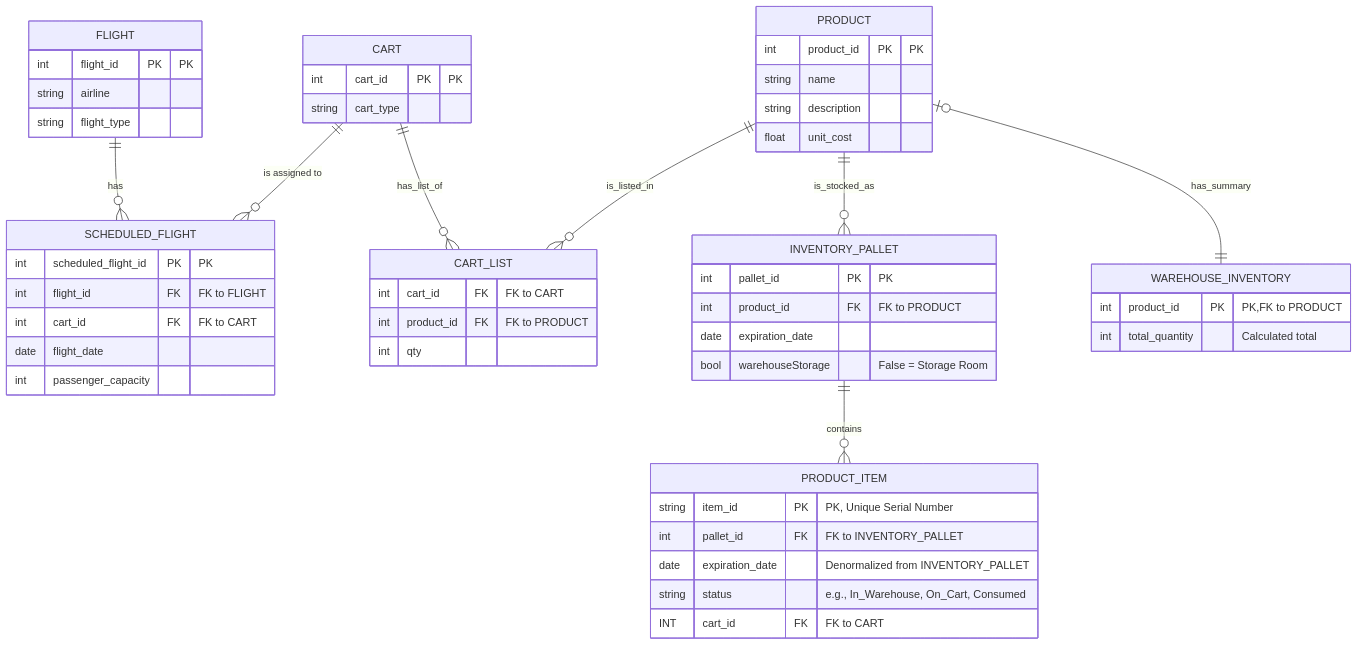
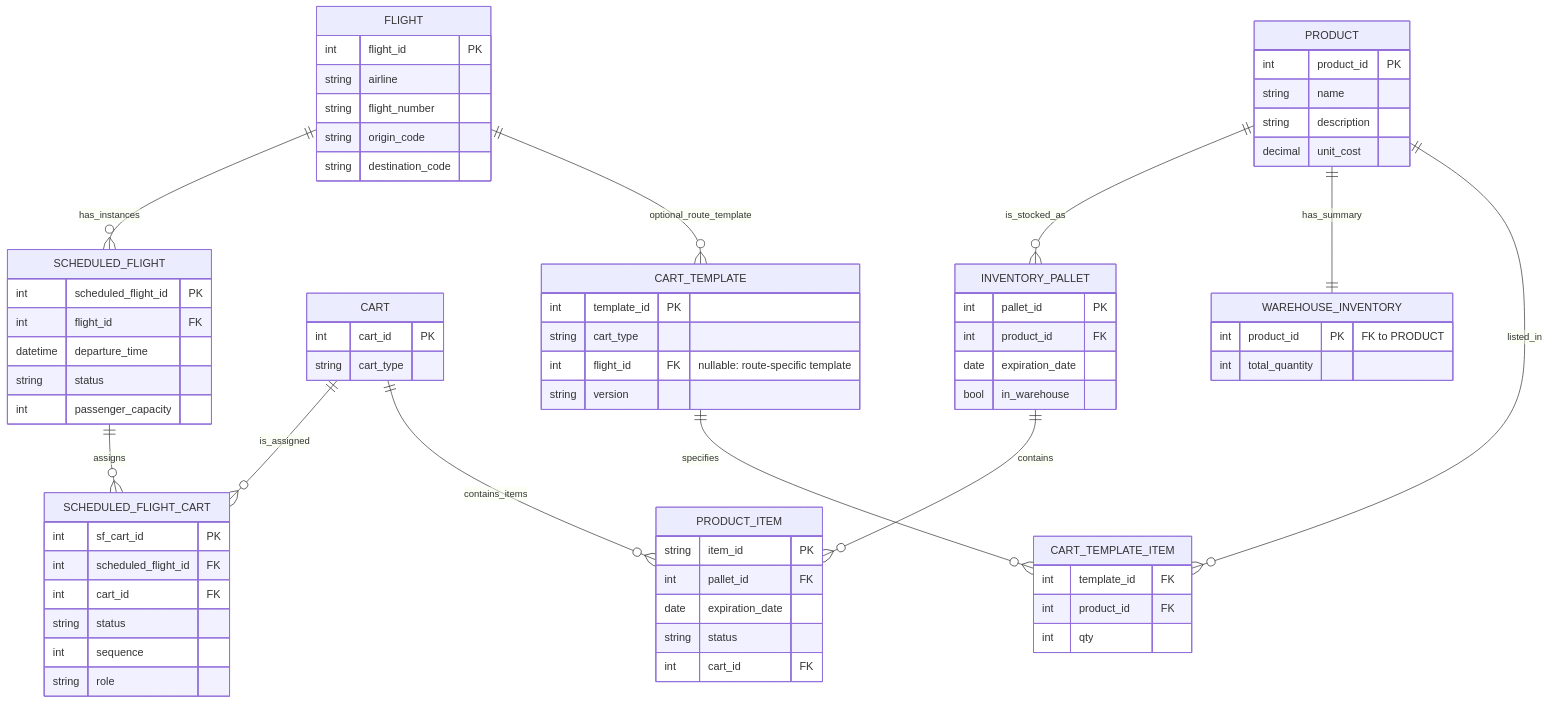
One commit to Javierlcastillo/smartIntelligence-by-MJandTheMonstars changed the diagram in uml_diagram.md. Above: the diagram before and after it, drawn with Mermaid. The commit also changed other lines of this file and 3 other files, not shown here.

Commit message:
UML Diagram Update

````diff
--- a/uml_diagram.md
+++ b/uml_diagram.md
@@ -3,63 +3,83 @@
 ```mermaid
 erDiagram
+  FLIGHT {
+    int flight_id PK
+    string airline
+    string flight_number
+    string origin_code
+    string destination_code
+  }
 
-    FLIGHT {
-        int flight_id PK "PK"
-        string airline
-        string flight_type
-    }
+  SCHEDULED_FLIGHT {
+    int scheduled_flight_id PK
+    int flight_id FK
+    datetime departure_time
+    string status
+    int passenger_capacity
+  }
 
-    SCHEDULED_FLIGHT {
-        int scheduled_flight_id PK "PK"
-        int flight_id FK "FK to FLIGHT"
-        int cart_id FK "FK to CART"
-        date flight_date
-        int passenger_capacity
-    }
+  CART {
+    int cart_id PK
+    string cart_type
+  }
 
-    CART {
-        int cart_id PK "PK"
-        string cart_type
-    }
+  SCHEDULED_FLIGHT_CART {
+    int sf_cart_id PK
+    int scheduled_flight_id FK
+    int cart_id FK
+    string status
+    int sequence
+    string role
+  }
 
-    PRODUCT {
-        int product_id PK "PK"
-        string name
-        string description
-        float unit_cost
-    }
+  PRODUCT {
+    int product_id PK
+    string name
+    string description
+    decimal unit_cost
+  }
 
-    WAREHOUSE_INVENTORY {
-        int product_id PK "PK,FK to PRODUCT"
-        int total_quantity "Calculated total"
-    }
+  WAREHOUSE_INVENTORY {
+    int product_id PK "FK to PRODUCT"
+    int total_quantity
+  }
 
-    INVENTORY_PALLET {
-        int pallet_id PK "PK"
-        int product_id FK "FK to PRODUCT"
-        date expiration_date
-        bool warehouseStorage "False = Storage Room"
-    }
+  INVENTORY_PALLET {
+    int pallet_id PK
+    int product_id FK
+    date expiration_date
+    bool in_warehouse
+  }
 
-    PRODUCT_ITEM {
-        string item_id PK "PK, Unique Serial Number"
-        int pallet_id FK "FK to INVENTORY_PALLET"
-        date expiration_date "Denormalized from INVENTORY_PALLET"
-        string status "e.g., In_Warehouse, On_Cart, Consumed"
-        INT cart_id FK "FK to CART"
-    }
+  PRODUCT_ITEM {
+    string item_id PK
+    int pallet_id FK
+    date expiration_date
+    string status
+    int cart_id FK
+  }
 
-    CART_LIST {
-        int cart_id FK "FK to CART"
-        int product_id FK "FK to PRODUCT"
-        int qty
-    }
+  CART_TEMPLATE {
+    int template_id PK
+    string cart_type
+    int flight_id FK "nullable: route-specific template"
+    string version
+  }
 
-    FLIGHT ||--o{ SCHEDULED_FLIGHT : "has"
-    CART ||--o{ SCHEDULED_FLIGHT : "is assigned to"
-    INVENTORY_PALLET ||--o{ PRODUCT_ITEM : "contains"
-    CART ||--o{ CART_LIST : "has_list_of"
-    PRODUCT ||--o{ CART_LIST : "is_listed_in"
-    PRODUCT ||--o{ INVENTORY_PALLET : "is_stocked_as"
-    PRODUCT |o--|| WAREHOUSE_INVENTORY : "has_summary"
+  CART_TEMPLATE_ITEM {
+    int template_id FK
+    int product_id FK
+    int qty
+  }
+
+  FLIGHT ||--o{ SCHEDULED_FLIGHT : "has_instances"
+  SCHEDULED_FLIGHT ||--o{ SCHEDULED_FLIGHT_CART : "assigns"
+  CART ||--o{ SCHEDULED_FLIGHT_CART : "is_assigned"
+  CART ||--o{ PRODUCT_ITEM : "contains_items"
+  PRODUCT ||--o{ INVENTORY_PALLET : "is_stocked_as"
+  INVENTORY_PALLET ||--o{ PRODUCT_ITEM : "contains"
+  PRODUCT ||--|| WAREHOUSE_INVENTORY : "has_summary"
+  CART_TEMPLATE ||--o{ CART_TEMPLATE_ITEM : "specifies"
+  FLIGHT ||--o{ CART_TEMPLATE : "optional_route_template"
+  PRODUCT ||--o{ CART_TEMPLATE_ITEM : "listed_in"
 ```
````
